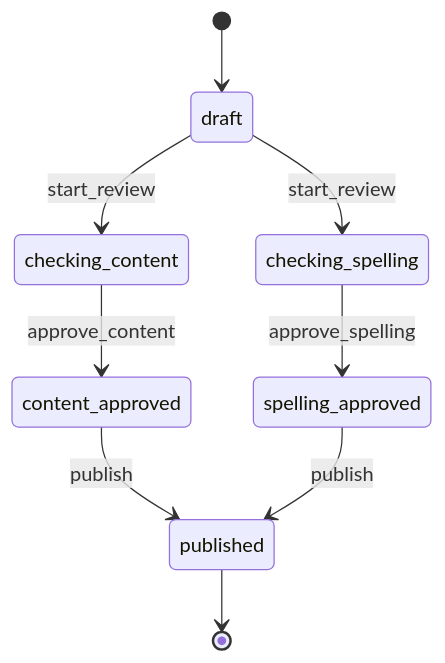
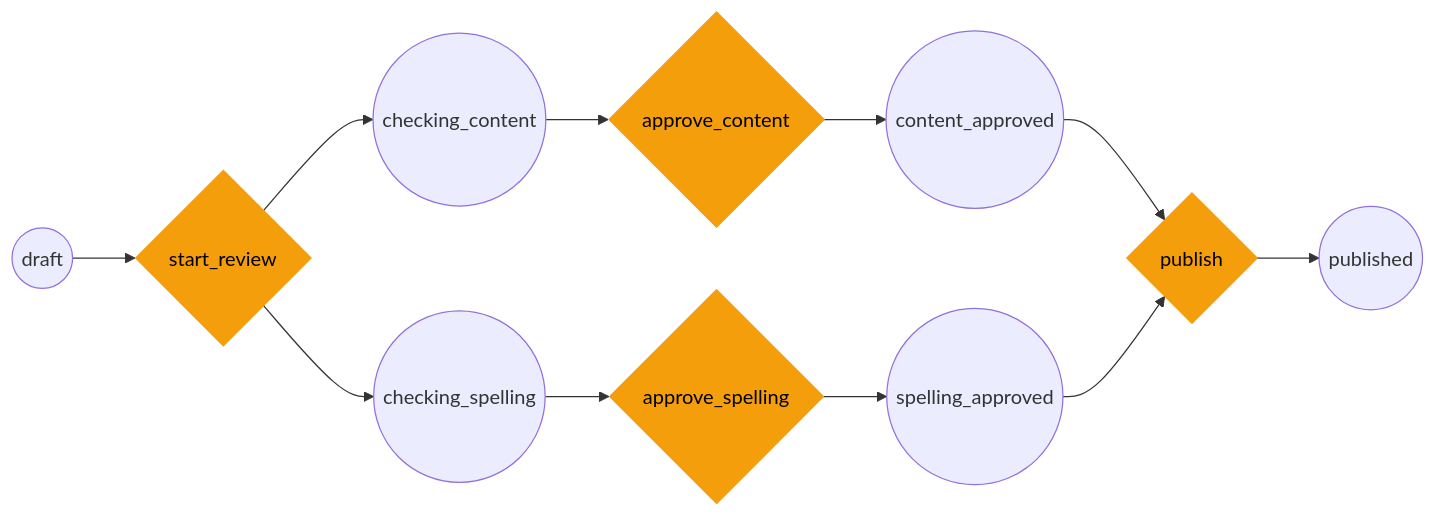
Before and after one commit to vandetho/symflow: the second of 2 diagrams in README.md, drawn with Mermaid. The commit also changed other lines of this file and 8 other files, not shown here.

First line of the commit message:
docs: use flowchart diagrams with transition nodes, remove .idea

````diff
--- a/README.md
+++ b/README.md
@@ -306,11 +319,27 @@
 ```mermaid
-stateDiagram-v2
-    [*] --> draft
-    draft --> checking_content: start_review
-    draft --> checking_spelling: start_review
-    checking_content --> content_approved: approve_content
-    checking_spelling --> spelling_approved: approve_spelling
-    content_approved --> published: publish
-    spelling_approved --> published: publish
-    published --> [*]
+flowchart LR
+    draft((draft))
+    t1{start_review}
+    checking_content((checking_content))
+    checking_spelling((checking_spelling))
+    t2{approve_content}
+    t3{approve_spelling}
+    content_approved((content_approved))
+    spelling_approved((spelling_approved))
+    t4{publish}
+    published((published))
+
+    draft --> t1
+    t1 --> checking_content
+    t1 --> checking_spelling
+    checking_content --> t2 --> content_approved
+    checking_spelling --> t3 --> spelling_approved
+    content_approved --> t4
+    spelling_approved --> t4
+    t4 --> published
+
+    style t1 fill:#f59e0b,color:#000,stroke:#f59e0b
+    style t2 fill:#f59e0b,color:#000,stroke:#f59e0b
+    style t3 fill:#f59e0b,color:#000,stroke:#f59e0b
+    style t4 fill:#f59e0b,color:#000,stroke:#f59e0b
 ```
````
